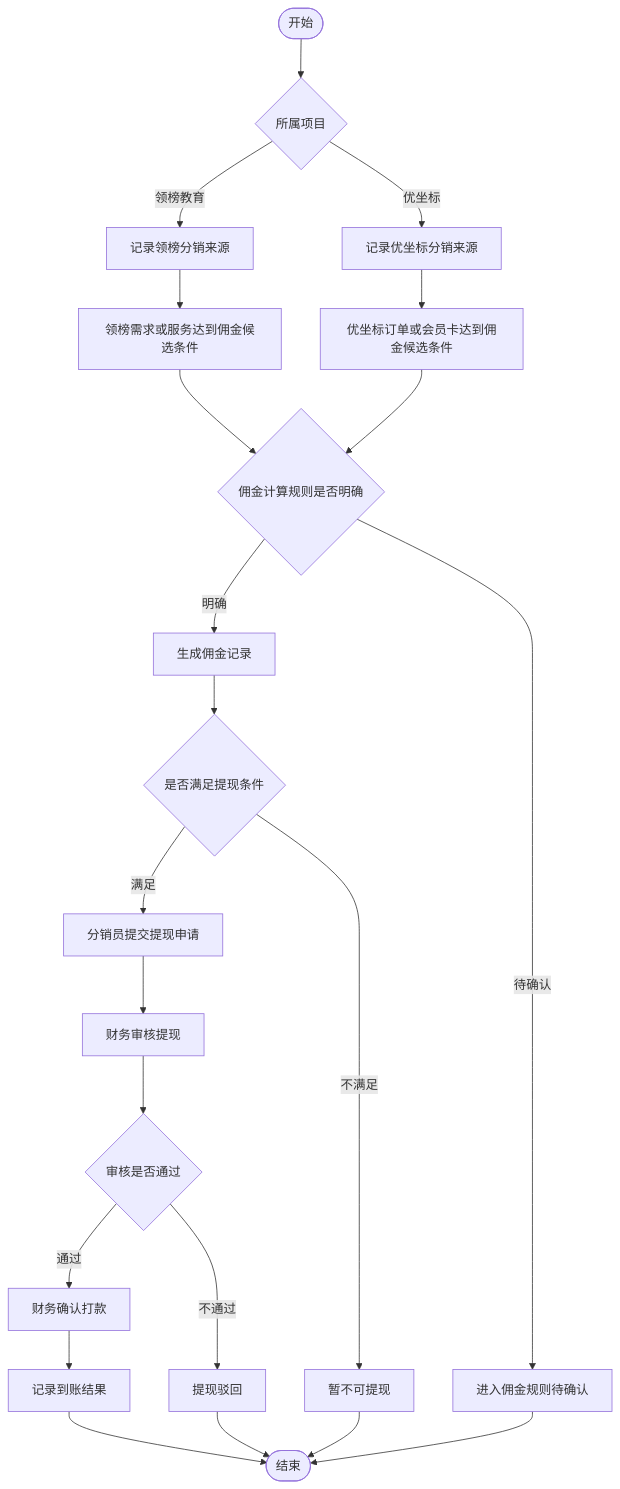
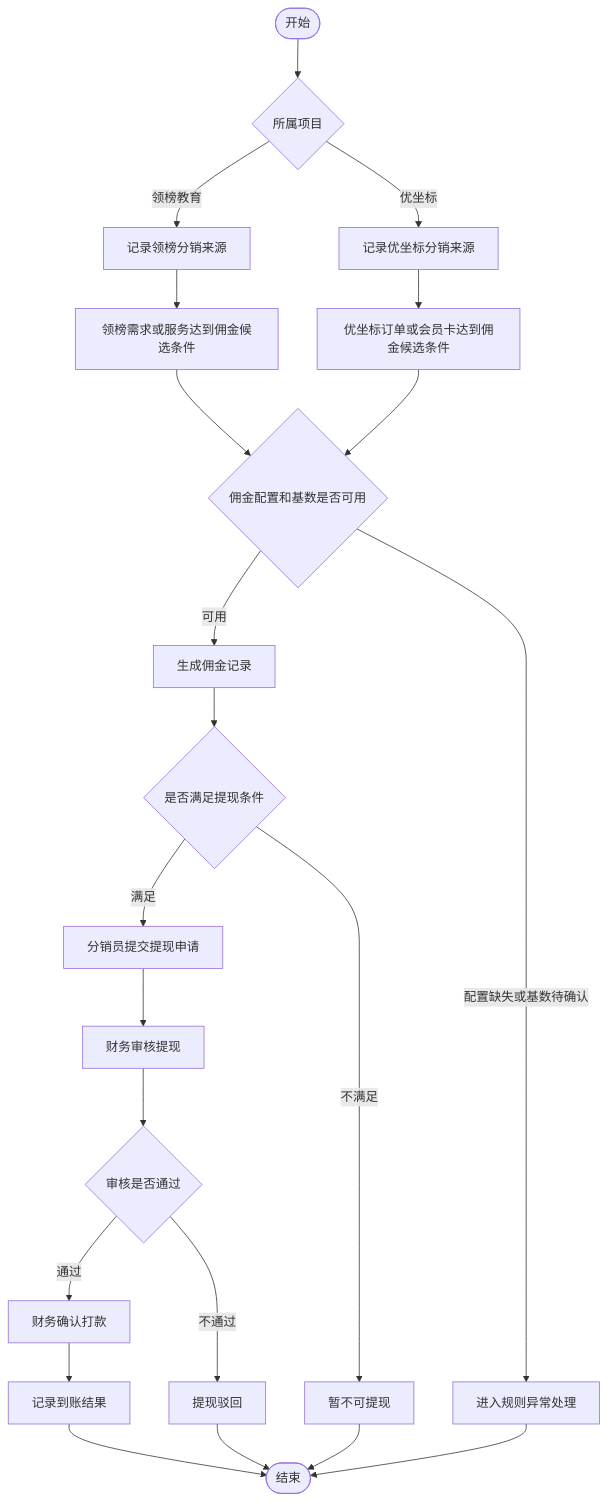
Before and after one commit to xyf394175606-arch/yzb: the first of 5 diagrams in 06_业务流程/业务流程_分销提现佣金流程_v1_20260603.md, drawn with Mermaid. The commit also changed other lines of this file and 13 other files, not shown here.

````diff
--- a/06_业务流程/业务流程_分销提现佣金流程_v1_20260603.md
+++ b/06_业务流程/业务流程_分销提现佣金流程_v1_20260603.md
@@ -82,24 +83,24 @@
 ```mermaid
 flowchart TD
   S([开始]) --> D1{所属项目}
   D1 -->|领榜教育| L1[记录领榜分销来源]
   D1 -->|优坐标| U1[记录优坐标分销来源]
   L1 --> L2[领榜需求或服务达到佣金候选条件]
   U1 --> U2[优坐标订单或会员卡达到佣金候选条件]
-  L2 --> D2{佣金计算规则是否明确}
+  L2 --> D2{佣金配置和基数是否可用}
   U2 --> D2
-  D2 -->|明确| C1[生成佣金记录]
-  D2 -->|待确认| E1[进入佣金规则待确认]
+  D2 -->|可用| C1[生成佣金记录]
+  D2 -->|配置缺失或基数待确认| E1[进入规则异常处理]
   C1 --> D3{是否满足提现条件}
   D3 -->|满足| W1[分销员提交提现申请]
   D3 -->|不满足| E2[暂不可提现]
   W1 --> F1[财务审核提现]
   F1 --> D4{审核是否通过}
   D4 -->|通过| F2[财务确认打款]
   D4 -->|不通过| E3[提现驳回]
   F2 --> F3[记录到账结果]
   F3 --> END([结束])
   E1 --> END
   E2 --> END
   E3 --> END
 ```
````
